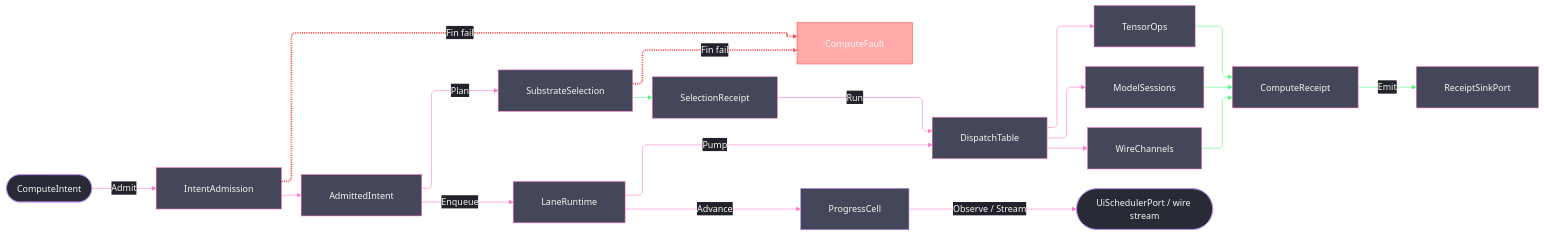
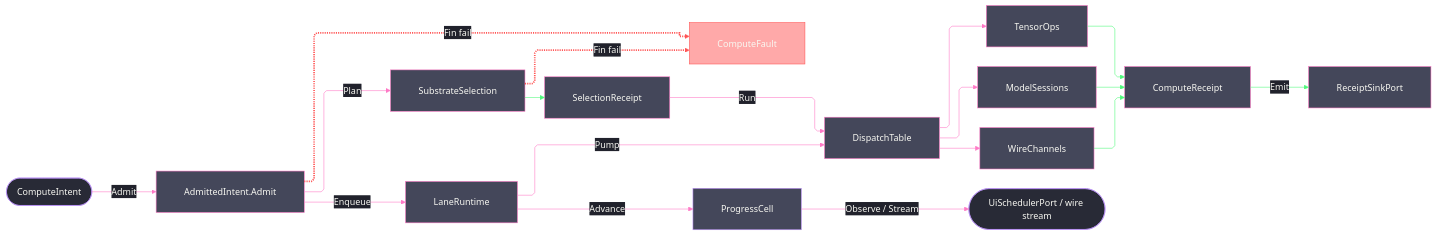
The third of 3 diagrams in libs/csharp/Rasm.Compute/ARCHITECTURE.md (bsamiee/Rasm), drawn with Mermaid before and after one commit. The commit also changed other lines of this file and 80 other files, not shown here.

First line of the commit message:
rebuild: Compute+Persistence 71-page hostile-rebuild run closed (37/41 ideas realized, fixer remaining=0, doctrine 19+10 landed) + rebuild.js codex-lane optimization set finalized

````diff
--- a/libs/csharp/Rasm.Compute/ARCHITECTURE.md
+++ b/libs/csharp/Rasm.Compute/ARCHITECTURE.md
@@ -223,58 +223,57 @@
 ```mermaid
 ---
 config:
   theme: base
   look: classic
   layout: elk
   flowchart:
     curve: linear
     padding: 25
   themeVariables:
     darkMode: true
     fontFamily: "SF Mono, Menlo, Cascadia Mono, Segoe UI Mono, Consolas, monospace"
     useGradient: false
     dropShadow: "none"
     background: "#282A36"
     primaryColor: "#44475A"
     primaryTextColor: "#F8F8F2"
     primaryBorderColor: "#BD93F9"
     lineColor: "#FF79C6"
     textColor: "#F8F8F2"
     edgeLabelBackground: "#21222C"
     labelBackgroundColor: "#21222C"
   themeCSS: ".nodeLabel{font-size:13px;font-weight:500}.edgeLabel{font-size:12px;font-weight:500}.cluster-label .nodeLabel{font-size:13.5px;font-weight:700;letter-spacing:.08em}.edge-thickness-normal{stroke-width:2px}.edge-thickness-thick{stroke-width:3px}.edge-pattern-dashed,.edge-pattern-dotted{stroke-width:1.5px;stroke-dasharray:4 6}.node rect,.node circle,.node polygon,.node path,.node .outer-path{stroke-width:1.5px;filter:none!important}.cluster rect{stroke-width:1px!important;stroke-dasharray:5 4!important;filter:none!important}.marker path{transform:scale(.8);transform-origin:5px 5px}.marker circle{transform:scale(.48);transform-origin:5px 5px}.edgeLabel rect{transform-box:fill-box;transform-origin:center;transform:scale(1.1,1.2)}"
 ---
 flowchart LR
     accTitle: Rasm.Compute measured execution spine
     accDescr: Typed intent admits once at the boundary, substrate selection folds over row data and lands a receipt, bounded lanes enqueue work, total dispatch routes to the tensor, model, or remote lane, every outcome materializes as a compute receipt at the sink port, and progress cells deliver cadence-gated marks to observers.
-    ComputeIntent(["ComputeIntent"]) e1@-->|Admit| IntentAdmission["IntentAdmission"]
-    IntentAdmission e2@--> AdmittedIntent["AdmittedIntent"]
-    IntentAdmission e3@-.->|Fin fail| ComputeFault["ComputeFault"]
+    ComputeIntent(["ComputeIntent"]) e1@-->|Admit| AdmittedIntent["AdmittedIntent.Admit"]
+    AdmittedIntent e3@-.->|Fin fail| ComputeFault["ComputeFault"]
     AdmittedIntent e4@-->|Plan| SubstrateSelection["SubstrateSelection"]
     SubstrateSelection e5@--> SelectionReceipt["SelectionReceipt"]
     SubstrateSelection e6@-.->|Fin fail| ComputeFault
     AdmittedIntent e7@-->|Enqueue| LaneRuntime["LaneRuntime"]
     LaneRuntime e8@-->|Pump| DispatchTable["DispatchTable"]
     SelectionReceipt e9@-->|Run| DispatchTable
     DispatchTable e10@--> TensorOps["TensorOps"]
     DispatchTable e11@--> ModelSessions["ModelSessions"]
     DispatchTable e12@--> WireChannels["WireChannels"]
     TensorOps e13@--> ComputeReceipt["ComputeReceipt"]
     ModelSessions e14@--> ComputeReceipt
     WireChannels e15@--> ComputeReceipt
     ComputeReceipt e16@-->|Emit| ReceiptSinkPort["ReceiptSinkPort"]
     LaneRuntime e17@-->|Advance| ProgressCell["ProgressCell"]
     ProgressCell e18@-->|Observe / Stream| Observers(["UiSchedulerPort / wire stream"])
     classDef boundary fill:#282A36,stroke:#BD93F9,color:#F8F8F2
     classDef error fill:#FF555580,stroke:#FF5555,color:#F8F8F2
     classDef primary fill:#44475A,stroke:#FF79C6,color:#F8F8F2
     classDef edgeSuccess stroke:#50FA7B,color:#F8F8F2
     classDef edgeError stroke:#FF5555,stroke-width:3px,color:#F8F8F2
     classDef edgeControl stroke:#FF79C6,color:#F8F8F2
     class ComputeIntent,Observers boundary
     class ComputeFault error
-    class IntentAdmission,AdmittedIntent,SubstrateSelection,SelectionReceipt,LaneRuntime,DispatchTable,TensorOps,ModelSessions,WireChannels,ComputeReceipt,ReceiptSinkPort primary
+    class AdmittedIntent,SubstrateSelection,SelectionReceipt,LaneRuntime,DispatchTable,TensorOps,ModelSessions,WireChannels,ComputeReceipt,ReceiptSinkPort primary
     class e3,e6 edgeError
     class e5,e13,e14,e15,e16 edgeSuccess
-    class e1,e2,e4,e7,e8,e9,e10,e11,e12,e17,e18 edgeControl
+    class e1,e4,e7,e8,e9,e10,e11,e12,e17,e18 edgeControl
 ```
````
